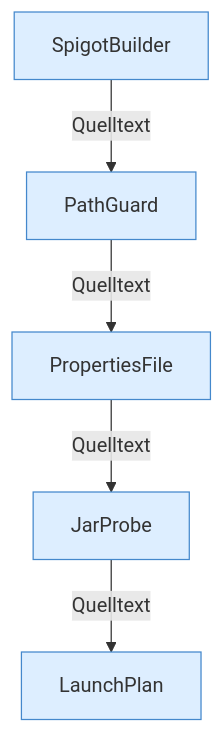
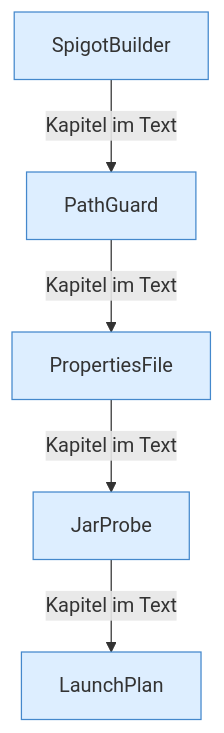
Before and after one commit to PrinceDiamant/minecraft-serverhoster-plugin: the diagram in Startplan.md, drawn with Mermaid. The commit also changed other lines of this file and 2005 other files, not shown here.

````diff
--- a/Startplan.md
+++ b/Startplan.md
@@ -5,14 +5,14 @@
 ```mermaid
 flowchart TD
   n1["SpigotBuilder"]:::internal-link
   n2["PathGuard"]:::internal-link
   n3["PropertiesFile"]:::internal-link
   n4["JarProbe"]:::internal-link
   n5["LaunchPlan"]:::internal-link
-  n1 -->|"Quelltext"| n2
-  n2 -->|"Quelltext"| n3
-  n3 -->|"Quelltext"| n4
-  n4 -->|"Quelltext"| n5
+  n1 -->|"Kapitel im Text"| n2
+  n2 -->|"Kapitel im Text"| n3
+  n3 -->|"Kapitel im Text"| n4
+  n4 -->|"Kapitel im Text"| n5
   classDef internal-link fill:#ddeeff,stroke:#4488cc
   classDef befund fill:#f88
 ```
````
